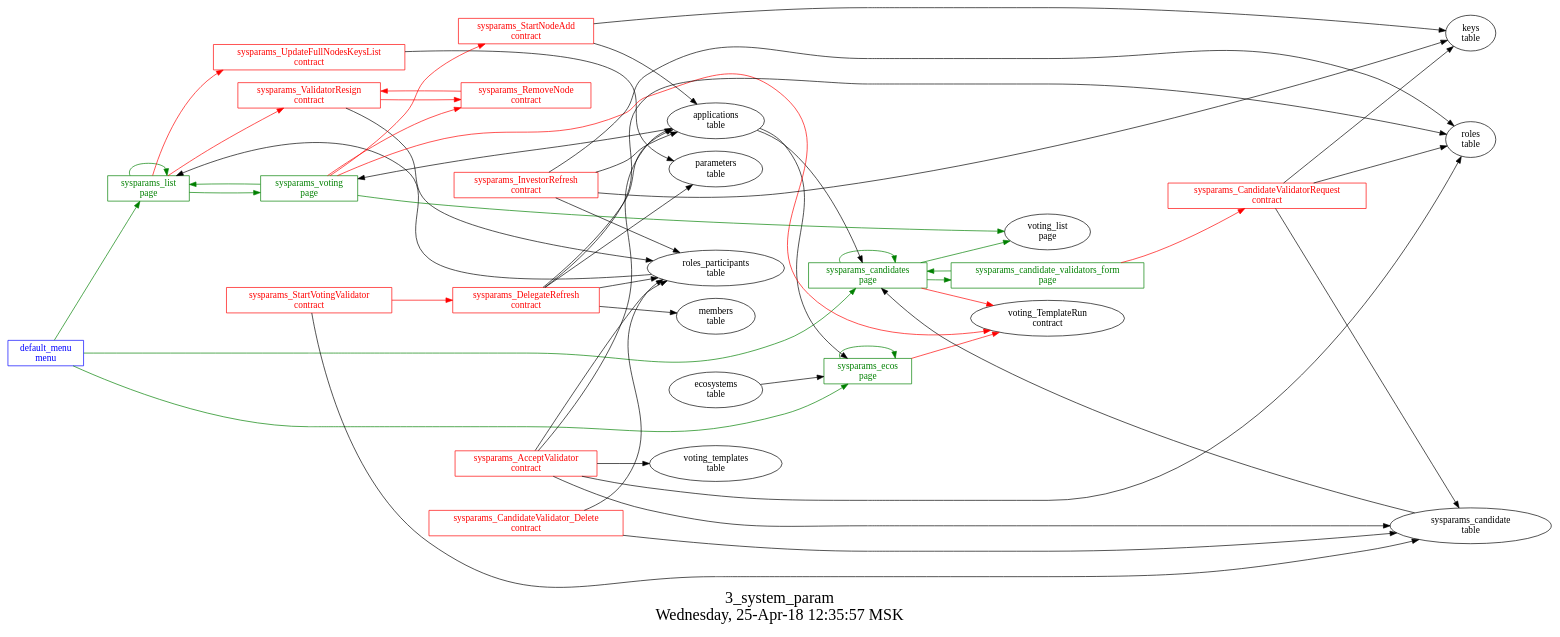
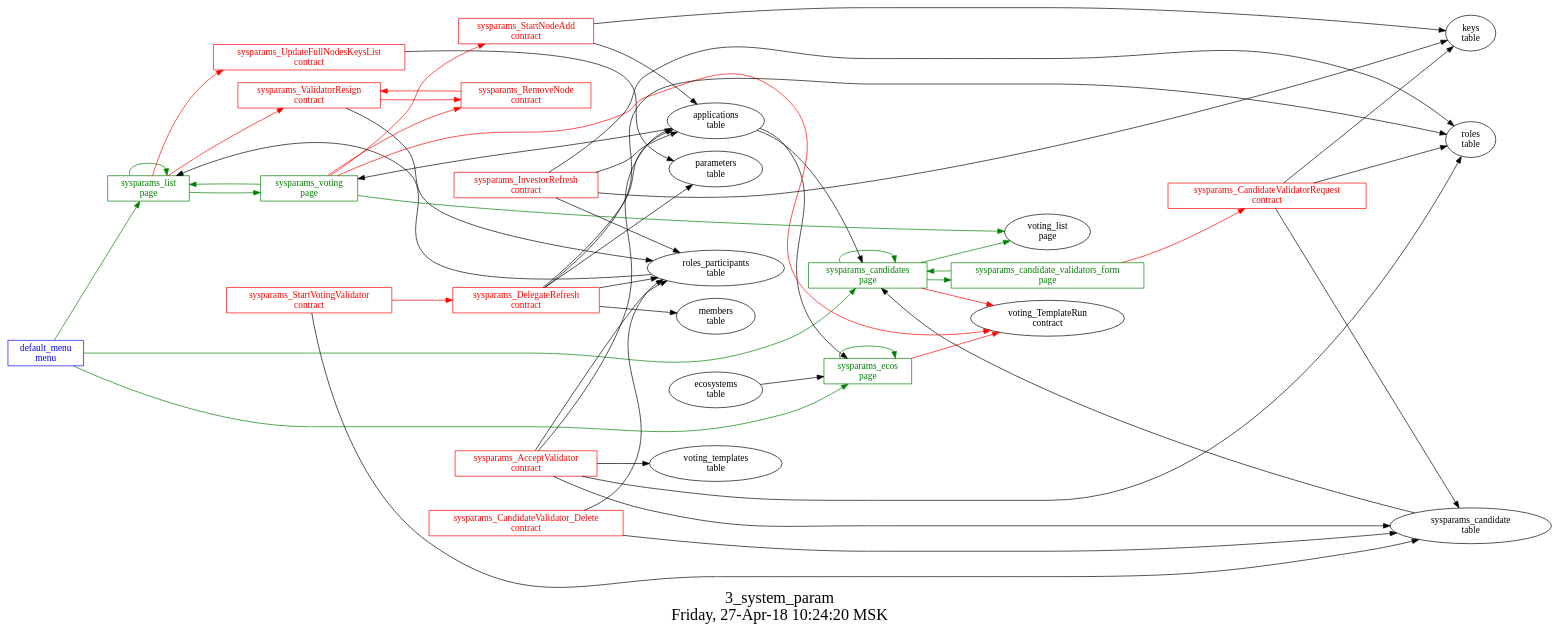
Before and after one commit to AplaProject/apps: the diagram in src/basic/3_system_params/struct.dot, drawn with Graphviz. The commit also changed 19 other files, not shown here.

```diff
--- a/src/basic/3_system_params/struct.dot
+++ b/src/basic/3_system_params/struct.dot
@@ -1,80 +1,80 @@
 digraph G {
 graph [
   fontsize="24";
-  label="3_system_param\nWednesday, 25-Apr-18 12:35:57 MSK";
+  label="3_system_param\nFriday, 27-Apr-18 10:24:20 MSK";
   nojustify=true;
   ordering=out;
   rankdir=LR;
   size="30";
 ];
 "default_menu\nmenu" -> "sysparams_list\npage"  [ color=green ]
 "default_menu\nmenu" -> "sysparams_candidates\npage"  [ color=green ]
 "default_menu\nmenu" -> "sysparams_ecos\npage"  [ color=green ]
 "default_menu\nmenu" [color=blue, fontcolor=blue, group=menus, shape=record];
 "sysparams_candidate_validators_form\npage" -> "sysparams_CandidateValidatorRequest\ncontract"  [ color=red ]
 "sysparams_candidate_validators_form\npage" -> "sysparams_candidates\npage"  [ color=green ]
 "sysparams_candidate_validators_form\npage" [color=green, fontcolor=green, group=pages, shape=record];
 "sysparams_candidates\npage" -> "voting_TemplateRun\ncontract"  [ color=red ]
 "applications\ntable" -> "sysparams_candidates\npage"  [ color="" ]
 "sysparams_candidate\ntable" -> "sysparams_candidates\npage"  [ color="" ]
 "sysparams_candidates\npage" -> "voting_list\npage"  [ color=green ]
 "sysparams_candidates\npage" -> "sysparams_candidates\npage"  [ color=green ]
 "sysparams_candidates\npage" -> "sysparams_candidate_validators_form\npage"  [ color=green ]
 "sysparams_candidates\npage" [color=green, fontcolor=green, group=pages, shape=record];
 "sysparams_ecos\npage" -> "voting_TemplateRun\ncontract"  [ color=red ]
 "applications\ntable" -> "sysparams_ecos\npage"  [ color="" ]
 "ecosystems\ntable" -> "sysparams_ecos\npage"  [ color="" ]
 "sysparams_ecos\npage" -> "sysparams_ecos\npage"  [ color=green ]
 "sysparams_ecos\npage" [color=green, fontcolor=green, group=pages, shape=record];
 "sysparams_list\npage" -> "sysparams_UpdateFullNodesKeysList\ncontract"  [ color=red ]
 "sysparams_list\npage" -> "sysparams_ValidatorResign\ncontract"  [ color=red ]
 "roles_participants\ntable" -> "sysparams_list\npage"  [ color="" ]
 "sysparams_list\npage" -> "sysparams_voting\npage"  [ color=green ]
 "sysparams_list\npage" -> "sysparams_list\npage"  [ color=green ]
 "sysparams_list\npage" [color=green, fontcolor=green, group=pages, shape=record];
 "sysparams_voting\npage" -> "sysparams_StartNodeAdd\ncontract"  [ color=red ]
 "sysparams_voting\npage" -> "sysparams_RemoveNode\ncontract"  [ color=red ]
 "sysparams_voting\npage" -> "voting_TemplateRun\ncontract"  [ color=red ]
 "applications\ntable" -> "sysparams_voting\npage"  [ color="" ]
 "sysparams_voting\npage" -> "sysparams_list\npage"  [ color=green ]
 "sysparams_voting\npage" -> "voting_list\npage"  [ color=green ]
 "sysparams_voting\npage" [color=green, fontcolor=green, group=pages, shape=record];
 "sysparams_AcceptValidator\ncontract" -> "applications\ntable"  [ color="" ]
 "sysparams_AcceptValidator\ncontract" -> "voting_templates\ntable"  [ color="" ]
 "sysparams_AcceptValidator\ncontract" -> "sysparams_candidate\ntable"  [ color="" ]
 "sysparams_AcceptValidator\ncontract" -> "roles_participants\ntable"  [ color="" ]
 "sysparams_AcceptValidator\ncontract" -> "roles\ntable"  [ color="" ]
 "sysparams_AcceptValidator\ncontract" [color=red, fontcolor=red, group=contracts, shape=record];
 "sysparams_CandidateValidatorRequest\ncontract" -> "keys\ntable"  [ color="" ]
 "sysparams_CandidateValidatorRequest\ncontract" -> "roles\ntable"  [ color="" ]
 "sysparams_CandidateValidatorRequest\ncontract" -> "sysparams_candidate\ntable"  [ color="" ]
 "sysparams_CandidateValidatorRequest\ncontract" [color=red, fontcolor=red, group=contracts, shape=record];
 "sysparams_CandidateValidator_Delete\ncontract" -> "sysparams_candidate\ntable"  [ color="" ]
 "sysparams_CandidateValidator_Delete\ncontract" -> "roles_participants\ntable"  [ color="" ]
 "sysparams_CandidateValidator_Delete\ncontract" [color=red, fontcolor=red, group=contracts, shape=record];
 "sysparams_DelegateRefresh\ncontract" -> "roles\ntable"  [ color="" ]
 "sysparams_DelegateRefresh\ncontract" -> "applications\ntable"  [ color="" ]
 "sysparams_DelegateRefresh\ncontract" -> "parameters\ntable"  [ color="" ]
 "sysparams_DelegateRefresh\ncontract" -> "roles_participants\ntable"  [ color="" ]
 "sysparams_DelegateRefresh\ncontract" -> "members\ntable"  [ color="" ]
 "sysparams_DelegateRefresh\ncontract" [color=red, fontcolor=red, group=contracts, shape=record];
 "sysparams_InvestorRefresh\ncontract" -> "roles\ntable"  [ color="" ]
 "sysparams_InvestorRefresh\ncontract" -> "applications\ntable"  [ color="" ]
 "sysparams_InvestorRefresh\ncontract" -> "keys\ntable"  [ color="" ]
 "sysparams_InvestorRefresh\ncontract" -> "roles_participants\ntable"  [ color="" ]
 "sysparams_InvestorRefresh\ncontract" [color=red, fontcolor=red, group=contracts, shape=record];
 "sysparams_RemoveNode\ncontract" -> "sysparams_ValidatorResign\ncontract"  [ color=red ]
 "sysparams_RemoveNode\ncontract" [color=red, fontcolor=red, group=contracts, shape=record];
 "sysparams_StartNodeAdd\ncontract" -> "keys\ntable"  [ color="" ]
 "sysparams_StartNodeAdd\ncontract" -> "applications\ntable"  [ color="" ]
 "sysparams_StartNodeAdd\ncontract" [color=red, fontcolor=red, group=contracts, shape=record];
 "sysparams_StartVotingValidator\ncontract" -> "sysparams_DelegateRefresh\ncontract"  [ color=red ]
 "sysparams_StartVotingValidator\ncontract" -> "sysparams_candidate\ntable"  [ color="" ]
 "sysparams_StartVotingValidator\ncontract" [color=red, fontcolor=red, group=contracts, shape=record];
 "sysparams_UpdateFullNodesKeysList\ncontract" -> "parameters\ntable"  [ color="" ]
 "sysparams_UpdateFullNodesKeysList\ncontract" [color=red, fontcolor=red, group=contracts, shape=record];
 "sysparams_ValidatorResign\ncontract" -> "sysparams_RemoveNode\ncontract"  [ color=red ]
 "sysparams_ValidatorResign\ncontract" -> "roles_participants\ntable"  [ color="" ]
 "sysparams_ValidatorResign\ncontract" [color=red, fontcolor=red, group=contracts, shape=record];
 "sysparams_candidate\ntable" [color="", fontcolor="", group=tables, shape=""];
 }
```
